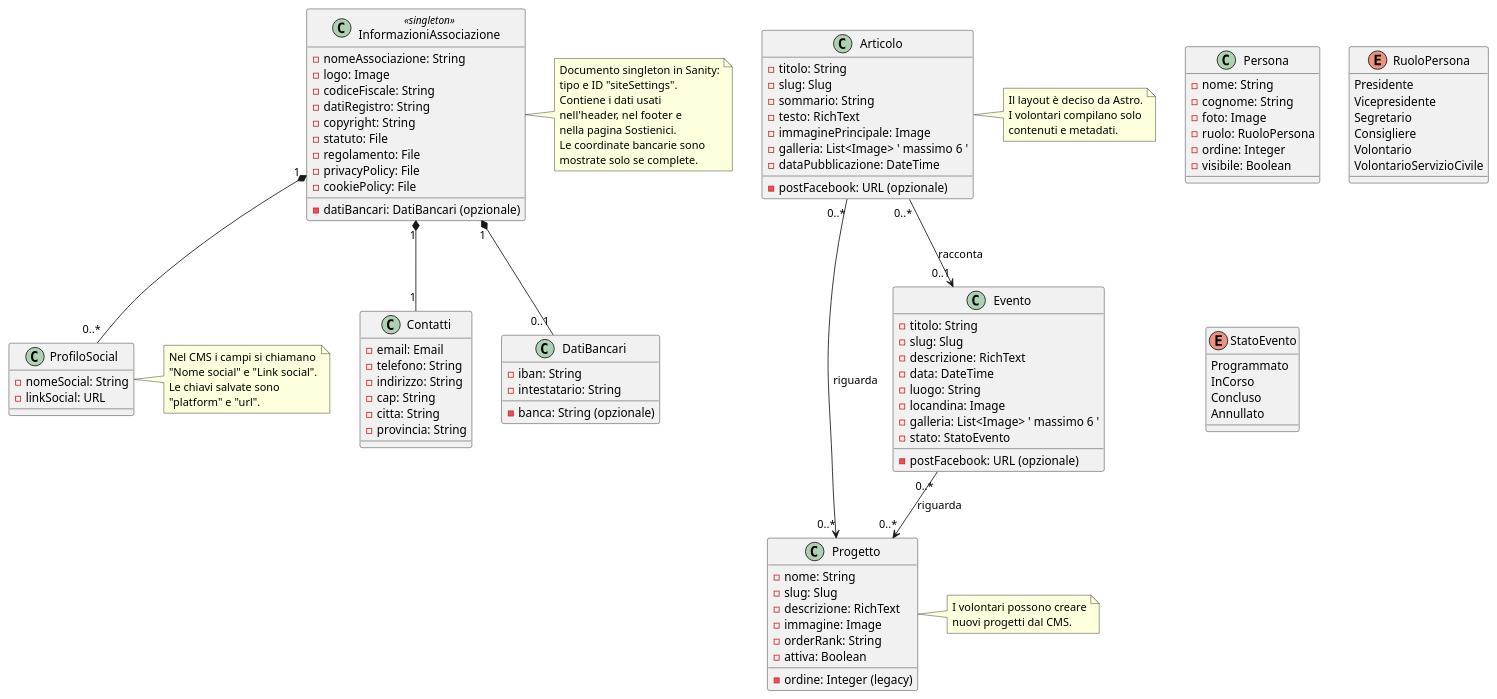
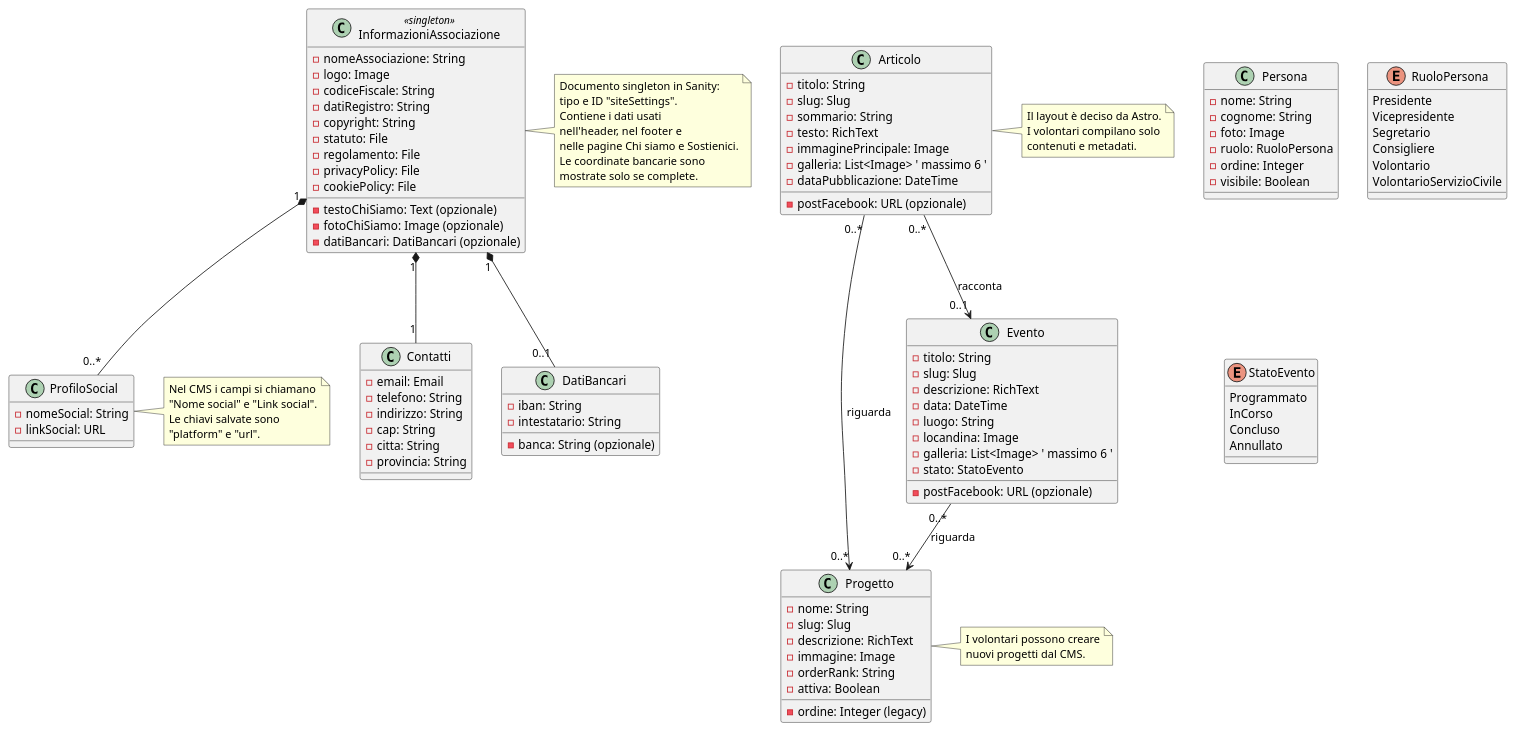
One commit to bickpenna/Assoe changed the diagram in docs/class.puml. Above: the diagram before and after it, drawn with PlantUML. The commit also changed 8 other files, not shown here.

```diff
--- a/docs/class.puml
+++ b/docs/class.puml
@@ -1,146 +1,148 @@
 @startuml
 
 ' ============================================================
 ' Contenuti globali
 ' ============================================================
 
 class InformazioniAssociazione <<singleton>> {
     -nomeAssociazione: String
     -logo: Image
+    -testoChiSiamo: Text (opzionale)
+    -fotoChiSiamo: Image (opzionale)
     -codiceFiscale: String
     -datiBancari: DatiBancari (opzionale)
     -datiRegistro: String
     -copyright: String
     -statuto: File
     -regolamento: File
     -privacyPolicy: File
     -cookiePolicy: File
 }
 
 class Contatti {
     -email: Email
     -telefono: String
     -indirizzo: String
     -cap: String
     -citta: String
     -provincia: String
 }
 
 class ProfiloSocial {
     -nomeSocial: String
     -linkSocial: URL
 }
 
 class DatiBancari {
     -iban: String
     -intestatario: String
     -banca: String (opzionale)
 }
 
 ' ============================================================
 ' Contenuti editoriali
 ' ============================================================
 
 class Progetto {
     -nome: String
     -slug: Slug
     -descrizione: RichText
     -immagine: Image
     -orderRank: String
     -ordine: Integer (legacy)
     -attiva: Boolean
 }
 
 class Articolo {
     -titolo: String
     -slug: Slug
     -sommario: String
     -testo: RichText
     -postFacebook: URL (opzionale)
     -immaginePrincipale: Image
     -galleria: List<Image> ' massimo 6 '
     -dataPubblicazione: DateTime
 }
 
 class Evento {
     -titolo: String
     -slug: Slug
     -descrizione: RichText
     -postFacebook: URL (opzionale)
     -data: DateTime
     -luogo: String
     -locandina: Image
     -galleria: List<Image> ' massimo 6 '
     -stato: StatoEvento
 }
 
 class Persona {
     -nome: String
     -cognome: String
     -foto: Image
     -ruolo: RuoloPersona
     -ordine: Integer
     -visibile: Boolean
 }
 
 ' ==============================================================
 ' Enumerazioni
 ' ==============================================================
 
 enum RuoloPersona {
     Presidente
     Vicepresidente
     Segretario
     Consigliere
     Volontario
     VolontarioServizioCivile
 }
 
 enum StatoEvento {
     Programmato
     InCorso
     Concluso
     Annullato
 }
 
 ' ============================================================
 ' Relazioni
 ' ============================================================
 
 InformazioniAssociazione "1" *-- "1" Contatti
 InformazioniAssociazione "1" *-- "0..*" ProfiloSocial
 InformazioniAssociazione "1" *-- "0..1" DatiBancari
 
 Articolo "0..*" --> "0..*" Progetto : riguarda
 Evento "0..*" --> "0..*" Progetto : riguarda
 Articolo "0..*" --> "0..1" Evento : racconta
 
 note right of InformazioniAssociazione
     Documento singleton in Sanity:
     tipo e ID "siteSettings".
     Contiene i dati usati
     nell'header, nel footer e
-    nella pagina Sostienici.
+    nelle pagine Chi siamo e Sostienici.
     Le coordinate bancarie sono
     mostrate solo se complete.
 end note
 
 note right of ProfiloSocial
     Nel CMS i campi si chiamano
     "Nome social" e "Link social".
     Le chiavi salvate sono
     "platform" e "url".
 end note
 
 note right of Progetto
     I volontari possono creare
     nuovi progetti dal CMS.
 end note
 
 note right of Articolo
     Il layout è deciso da Astro.
     I volontari compilano solo
     contenuti e metadati.
 end note
 
 @enduml
```
